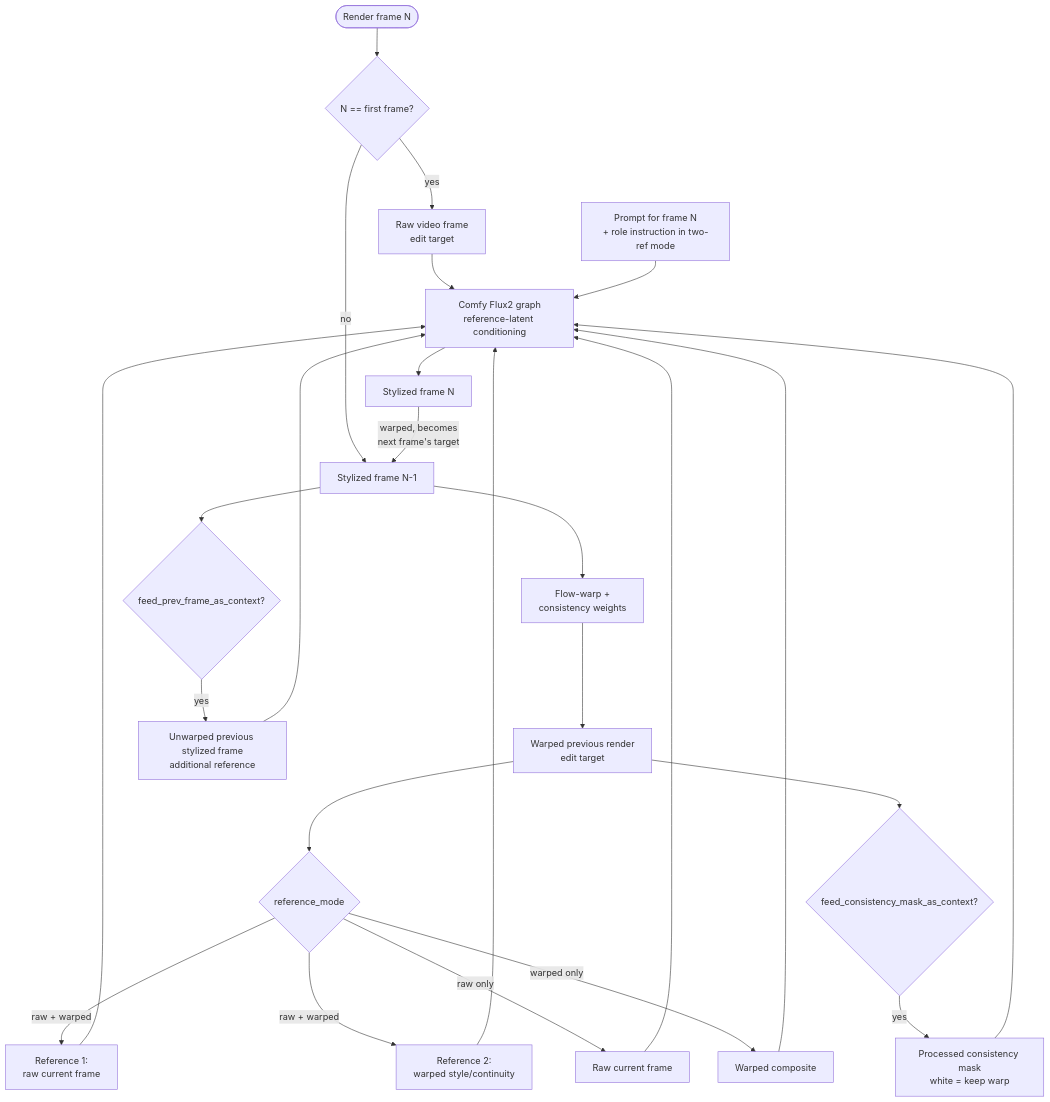
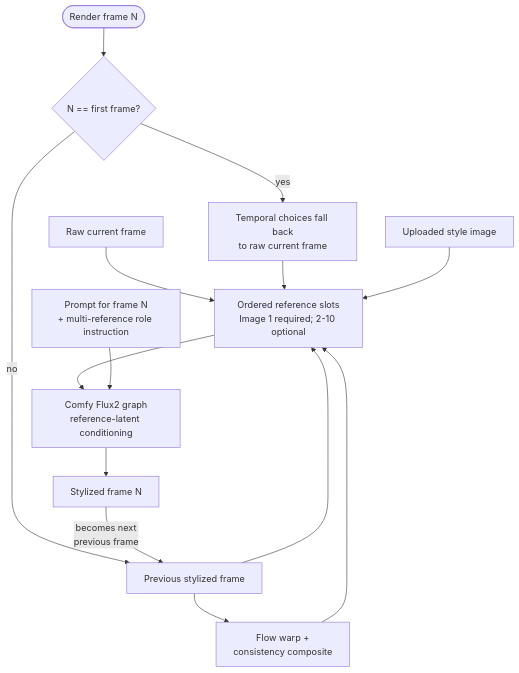
One commit to Sxela/VibeWarp changed the diagram in docs/settings.md. Above: the diagram before and after it, drawn with Mermaid. The commit also changed other lines of this file and 46 other files, not shown here.

First line of the commit message:
Qwen Image Edit and Mage-Flow Edit; unified reference-image editor

````diff
--- a/docs/settings.md
+++ b/docs/settings.md
@@ -413,23 +421,18 @@
 ```mermaid
 flowchart TD
     start([Render frame N]) --> which{N == first frame?}
 
-    which -->|yes| raw0[Raw video frame<br/>edit target]
-    which -->|no| prev[Stylized frame N-1] --> warp[Flow-warp +<br/>consistency weights] --> target[Warped previous render<br/>edit target]
-
-    raw0 --> pipe
-    target --> mode{reference_mode}
-    mode -->|raw + warped| rawref[Reference 1:<br/>raw current frame] --> pipe
-    mode -->|raw + warped| styleref[Reference 2:<br/>warped style/continuity] --> pipe
-    mode -->|raw only| rawonly[Raw current frame] --> pipe
-    mode -->|warped only| warponly[Warped composite] --> pipe
-    target --> maskgate{feed_consistency_mask_as_context?}
-    maskgate -->|yes| maskref[Processed consistency mask<br/>white = keep warp] --> pipe
-    prev --> prevgate{feed_prev_frame_as_context?}
-    prevgate -->|yes| prevref[Unwarped previous stylized frame<br/>additional reference] --> pipe
-    prompt[Prompt for frame N<br/>+ role instruction in two-ref mode] --> pipe
+    which -->|yes| raw0[Temporal choices fall back<br/>to raw current frame]
+    which -->|no| prev[Previous stylized frame] --> warp[Flow warp +<br/>consistency composite]
+    raw[Raw current frame] --> slots
+    raw0 --> slots
+    prev --> slots
+    warp --> slots
+    upload[Uploaded style image] --> slots
+    slots[Ordered reference slots<br/>Image 1 required; 2-10 optional] --> pipe
+    prompt[Prompt for frame N<br/>+ multi-reference role instruction] --> pipe
     pipe["Comfy Flux2 graph<br/>reference-latent conditioning"]
 
     pipe --> out[Stylized frame N]
-    out -->|warped, becomes<br/>next frame's target| prev
+    out -->|becomes next<br/>previous frame| prev
 ```
````
